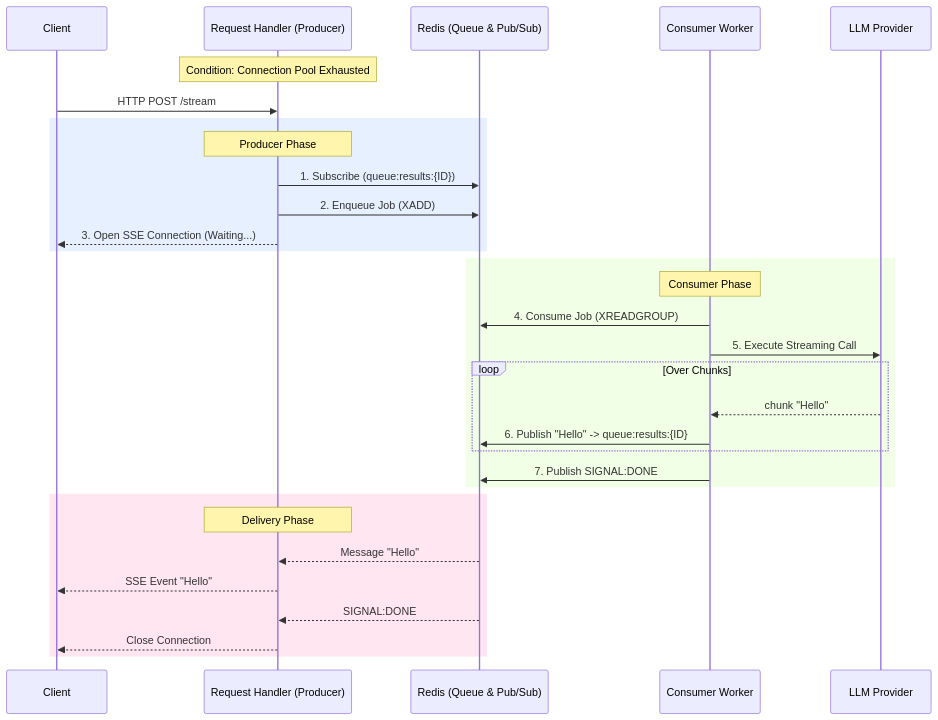
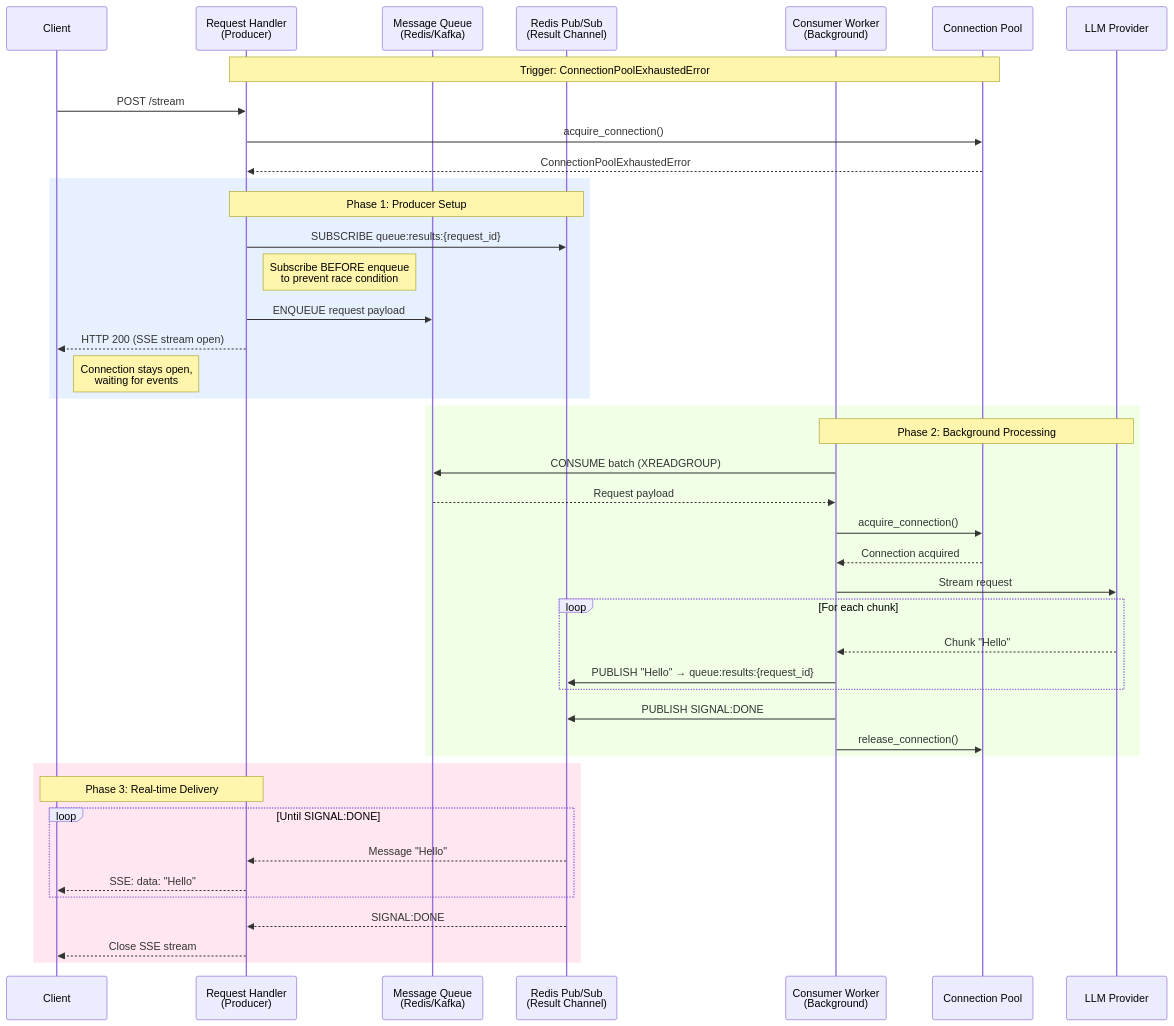
The diagram in src/core/resilience/documentation/04_queue_failover.md (shubh2016shiv/sse-llm-streaming-service), drawn with Mermaid before and after one commit. The commit also changed other lines of this file and 6 other files, not shown here.

First line of the commit message:
refactor: enhance QueueRequestHandler and QueueConsumerWorker for improved resilience and clarity

````diff
--- a/src/core/resilience/documentation/04_queue_failover.md
+++ b/src/core/resilience/documentation/04_queue_failover.md
@@ -15,38 +51,52 @@
 ```mermaid
 sequenceDiagram
     participant Client
-    participant API as Request Handler (Producer)
-    participant Redis as Redis (Queue & Pub/Sub)
-    participant Worker as Consumer Worker
+    participant API as Request Handler<br/>(Producer)
+    participant Queue as Message Queue<br/>(Redis/Kafka)
+    participant PubSub as Redis Pub/Sub<br/>(Result Channel)
+    participant Worker as Consumer Worker<br/>(Background)
+    participant Pool as Connection Pool
     participant LLM as LLM Provider
 
-    Note over API: Condition: Connection Pool Exhausted
+    Note over API,Pool: Trigger: ConnectionPoolExhaustedError
 
-    Client->>API: HTTP POST /stream
+    Client->>API: POST /stream
+    API->>Pool: acquire_connection()
+    Pool-->>API: ConnectionPoolExhaustedError
     
     rect rgb(230, 240, 255)
-        Note over API: Producer Phase
-        API->>Redis: 1. Subscribe (queue:results:{ID})
-        API->>Redis: 2. Enqueue Job (XADD)
-        API-->>Client: 3. Open SSE Connection (Waiting...)
+        Note over API,PubSub: Phase 1: Producer Setup
+        API->>PubSub: SUBSCRIBE queue:results:{request_id}
+        Note right of API: Subscribe BEFORE enqueue<br/>to prevent race condition
+        API->>Queue: ENQUEUE request payload
+        API-->>Client: HTTP 200 (SSE stream open)
+        Note right of Client: Connection stays open,<br/>waiting for events
     end
 
     rect rgb(240, 255, 230)
-        Note over Worker: Consumer Phase
-        Worker->>Redis: 4. Consume Job (XREADGROUP)
-        Worker->>LLM: 5. Execute Streaming Call
-        loop Over Chunks
-            LLM-->>Worker: chunk "Hello"
-            Worker->>Redis: 6. Publish "Hello" -> queue:results:{ID}
+        Note over Worker,LLM: Phase 2: Background Processing
+        Worker->>Queue: CONSUME batch (XREADGROUP)
+        Queue-->>Worker: Request payload
+        Worker->>Pool: acquire_connection()
+        Pool-->>Worker: Connection acquired
+        Worker->>LLM: Stream request
+        
+        loop For each chunk
+            LLM-->>Worker: Chunk "Hello"
+            Worker->>PubSub: PUBLISH "Hello" → queue:results:{request_id}
         end
-        Worker->>Redis: 7. Publish SIGNAL:DONE
+        
+        Worker->>PubSub: PUBLISH SIGNAL:DONE
+        Worker->>Pool: release_connection()
     end
 
     rect rgb(255, 230, 240)
-        Note over API: Delivery Phase
-        Redis-->>API: Message "Hello"
-        API-->>Client: SSE Event "Hello"
-        Redis-->>API: SIGNAL:DONE
-        API-->>Client: Close Connection
+        Note over API,Client: Phase 3: Real-time Delivery
+        loop Until SIGNAL:DONE
+            PubSub-->>API: Message "Hello"
+            API-->>Client: SSE: data: "Hello"
+        end
+        PubSub-->>API: SIGNAL:DONE
+        API-->>Client: Close SSE stream
     end
 ```
````
